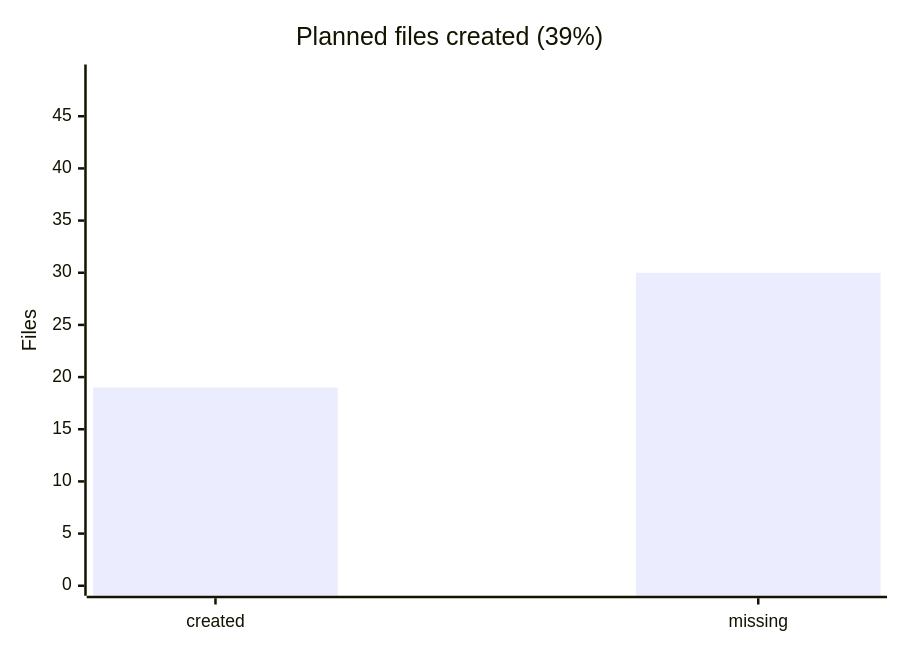
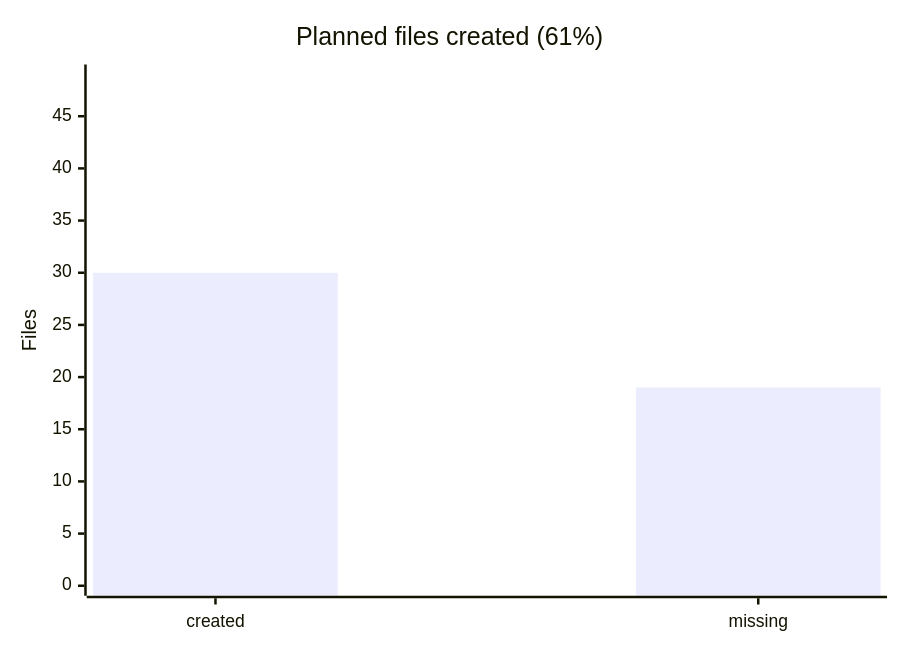
One commit to Mohammed-Alama/php-arazzo changed the diagram in docs/generated/modularization-progress.md. Above: the diagram before and after it, drawn with Mermaid. The commit also changed other lines of this file and 70 other files, not shown here.

````diff
--- a/docs/generated/modularization-progress.md
+++ b/docs/generated/modularization-progress.md
@@ -15,7 +15,7 @@
 ```mermaid
 xychart-beta
-    title "Planned files created (39%)"
+    title "Planned files created (61%)"
     x-axis ["created", "missing"]
     y-axis "Files" 0 --> 49
-    bar [19, 30]
+    bar [30, 19]
 ```
````
